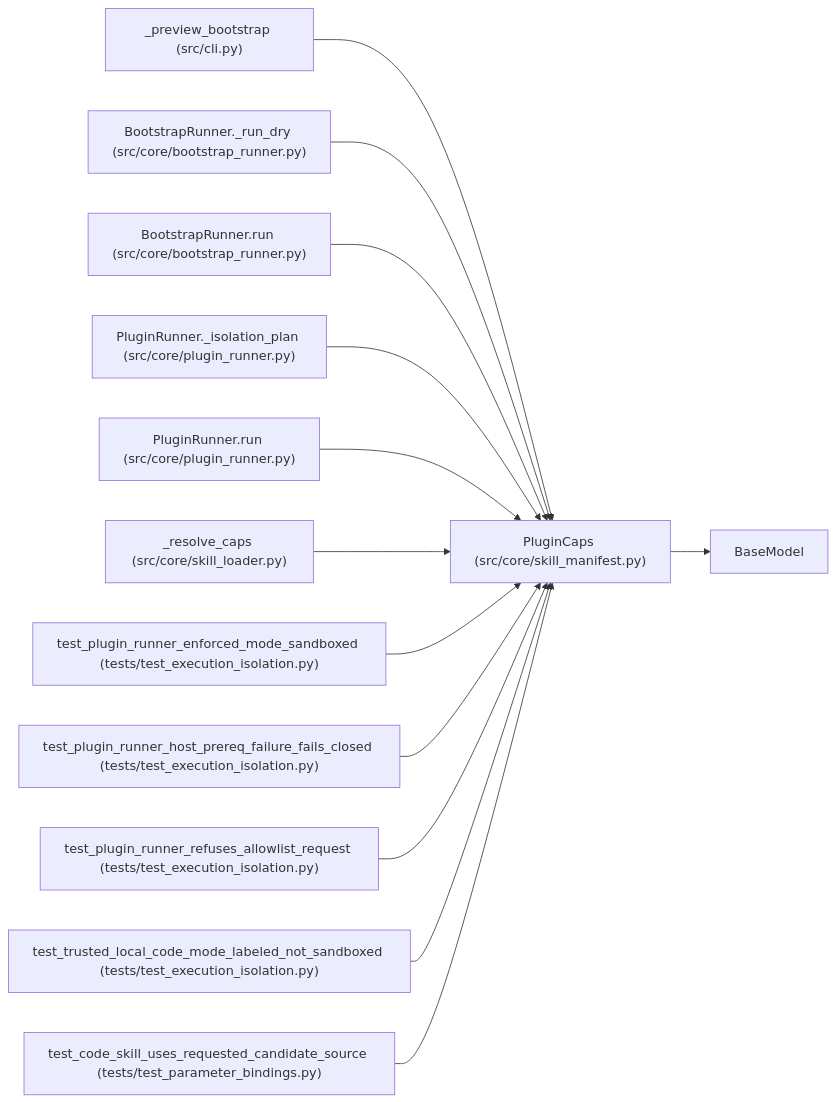
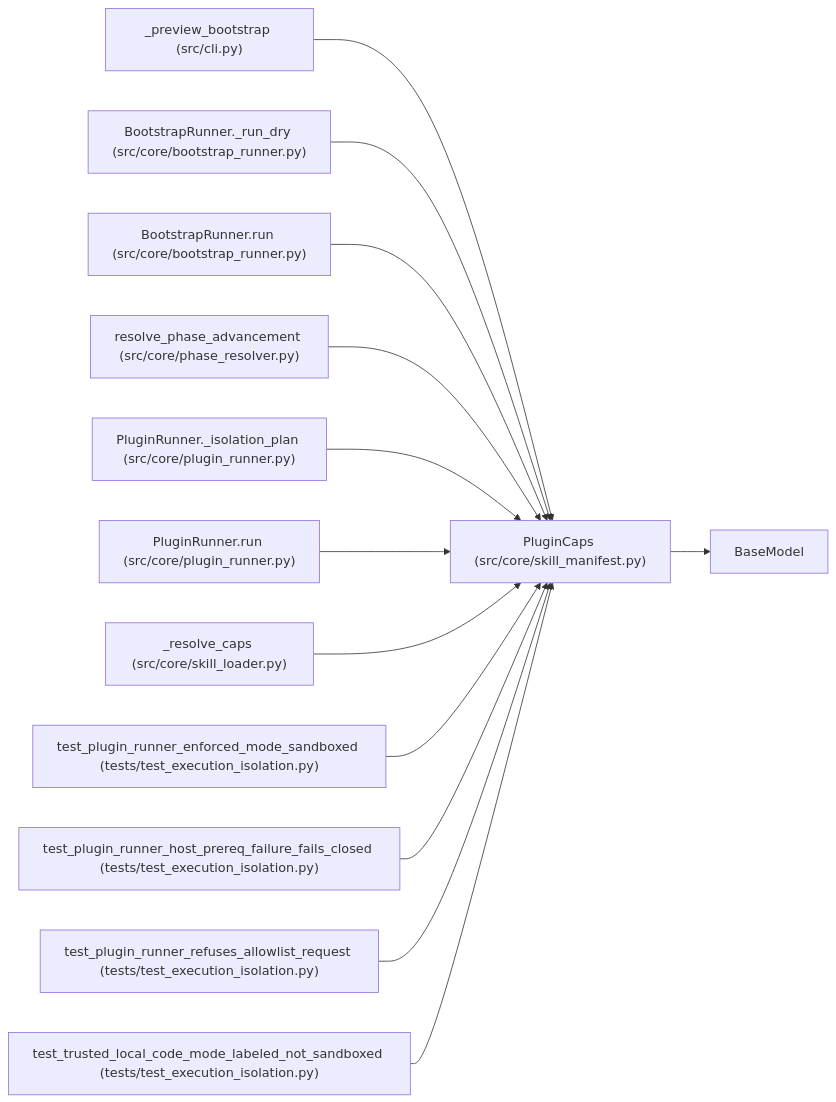
Before and after one commit to Denissvgn/autoresearch-agent: the diagram in docs/llm_wiki/entities/PluginCaps.md, drawn with Mermaid. The commit also changed other lines of this file and 1033 other files, not shown here.

````diff
--- a/docs/llm_wiki/entities/PluginCaps.md
+++ b/docs/llm_wiki/entities/PluginCaps.md
@@ -49,40 +49,40 @@
 ```mermaid
 flowchart LR
     n0["PluginCaps (src/core/skill_manifest.py)"]
     n1["BaseModel"]
     n2["_preview_bootstrap (src/cli.py)"]
     n3["BootstrapRunner._run_dry (src/core/bootstrap_runner.py)"]
     n4["BootstrapRunner.run (src/core/bootstrap_runner.py)"]
-    n5["PluginRunner._isolation_plan (src/core/plugin_runner.py)"]
-    n6["PluginRunner.run (src/core/plugin_runner.py)"]
-    n7["_resolve_caps (src/core/skill_loader.py)"]
-    n8["test_plugin_runner_enforced_mode_sandboxed (tests/test_execution_isolation.py)"]
-    n9["test_plugin_runner_host_prereq_failure_fails_closed (tests/test_execution_isolation.py)"]
-    n10["test_plugin_runner_refuses_allowlist_request (tests/test_execution_isolation.py)"]
-    n11["test_trusted_local_code_mode_labeled_not_sandboxed (tests/test_execution_isolation.py)"]
-    n12["test_code_skill_uses_requested_candidate_source (tests/test_parameter_bindings.py)"]
+    n5["resolve_phase_advancement (src/core/phase_resolver.py)"]
+    n6["PluginRunner._isolation_plan (src/core/plugin_runner.py)"]
+    n7["PluginRunner.run (src/core/plugin_runner.py)"]
+    n8["_resolve_caps (src/core/skill_loader.py)"]
+    n9["test_plugin_runner_enforced_mode_sandboxed (tests/test_execution_isolation.py)"]
+    n10["test_plugin_runner_host_prereq_failure_fails_closed (tests/test_execution_isolation.py)"]
+    n11["test_plugin_runner_refuses_allowlist_request (tests/test_execution_isolation.py)"]
+    n12["test_trusted_local_code_mode_labeled_not_sandboxed (tests/test_execution_isolation.py)"]
     n0 --> n1
     n2 --> n0
     n3 --> n0
     n4 --> n0
     n5 --> n0
     n6 --> n0
     n7 --> n0
     n8 --> n0
     n9 --> n0
     n10 --> n0
     n11 --> n0
     n12 --> n0
     click n0 "../modules/skill_manifest.md"
     click n2 "../modules/cli.md"
     click n3 "../modules/bootstrap_runner.md"
     click n4 "../modules/bootstrap_runner.md"
-    click n5 "../modules/plugin_runner.md"
+    click n5 "../modules/phase_resolver.md"
     click n6 "../modules/plugin_runner.md"
-    click n7 "../modules/skill_loader.md"
-    click n8 "../modules/test_execution_isolation.md"
+    click n7 "../modules/plugin_runner.md"
+    click n8 "../modules/skill_loader.md"
     click n9 "../modules/test_execution_isolation.md"
     click n10 "../modules/test_execution_isolation.md"
     click n11 "../modules/test_execution_isolation.md"
-    click n12 "../modules/test_parameter_bindings.md"
+    click n12 "../modules/test_execution_isolation.md"
 ```
````
